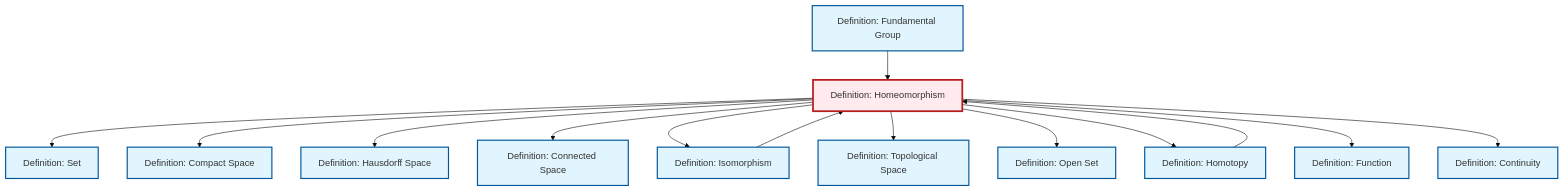
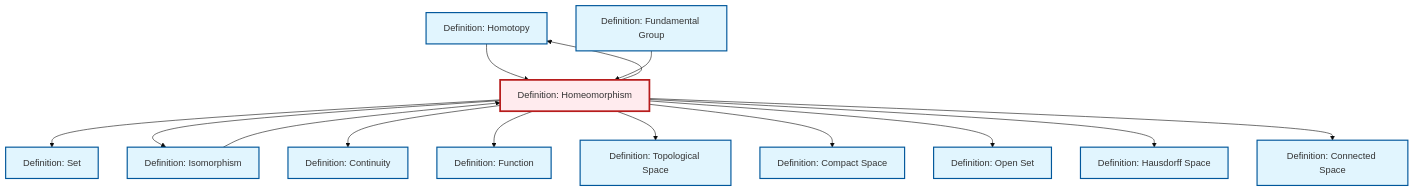
Before and after one commit to RK0429/ModernMath: the diagram in output/mermaid/en/def-homeomorphism.mermaid, drawn with Mermaid (base theme). The commit also changed other lines of this file and 3102 other files, not shown here.

```diff
--- a/output/mermaid/en/def-homeomorphism.mermaid
+++ b/output/mermaid/en/def-homeomorphism.mermaid
@@ -1,33 +1,33 @@
 %%| fig-cap: "Local dependency graph"
 graph TD
     classDef definition fill:#e1f5fe,stroke:#01579b,stroke-width:2px
     classDef theorem fill:#f3e5f5,stroke:#4a148c,stroke-width:2px
     classDef axiom fill:#fff3e0,stroke:#e65100,stroke-width:2px
     classDef example fill:#e8f5e9,stroke:#1b5e20,stroke-width:2px
     classDef current fill:#ffebee,stroke:#b71c1c,stroke-width:3px
+    def-topological-space["Definition: Topological Space"]:::definition
+    def-compact["Definition: Compact Space"]:::definition
+    def-homotopy["Definition: Homotopy"]:::definition
+    def-open-set["Definition: Open Set"]:::definition
+    def-set["Definition: Set"]:::definition
+    def-fundamental-group["Definition: Fundamental Group"]:::definition
+    def-hausdorff["Definition: Hausdorff Space"]:::definition
     def-homeomorphism["Definition: Homeomorphism"]:::definition
-    def-compact["Definition: Compact Space"]:::definition
+    def-connected["Definition: Connected Space"]:::definition
+    def-continuity["Definition: Continuity"]:::definition
+    def-isomorphism["Definition: Isomorphism"]:::definition
     def-function["Definition: Function"]:::definition
-    def-connected["Definition: Connected Space"]:::definition
-    def-set["Definition: Set"]:::definition
-    def-topological-space["Definition: Topological Space"]:::definition
-    def-continuity["Definition: Continuity"]:::definition
-    def-hausdorff["Definition: Hausdorff Space"]:::definition
-    def-open-set["Definition: Open Set"]:::definition
-    def-isomorphism["Definition: Isomorphism"]:::definition
-    def-fundamental-group["Definition: Fundamental Group"]:::definition
-    def-homotopy["Definition: Homotopy"]:::definition
     def-homeomorphism --> def-set
+    def-isomorphism --> def-homeomorphism
+    def-homeomorphism --> def-isomorphism
+    def-homeomorphism --> def-continuity
+    def-homeomorphism --> def-function
+    def-homotopy --> def-homeomorphism
+    def-homeomorphism --> def-topological-space
     def-homeomorphism --> def-compact
-    def-homotopy --> def-homeomorphism
+    def-homeomorphism --> def-open-set
     def-homeomorphism --> def-hausdorff
     def-homeomorphism --> def-connected
-    def-homeomorphism --> def-isomorphism
-    def-homeomorphism --> def-topological-space
-    def-isomorphism --> def-homeomorphism
-    def-homeomorphism --> def-open-set
+    def-homeomorphism --> def-homotopy
     def-fundamental-group --> def-homeomorphism
-    def-homeomorphism --> def-homotopy
-    def-homeomorphism --> def-function
-    def-homeomorphism --> def-continuity
     class def-homeomorphism current
```
